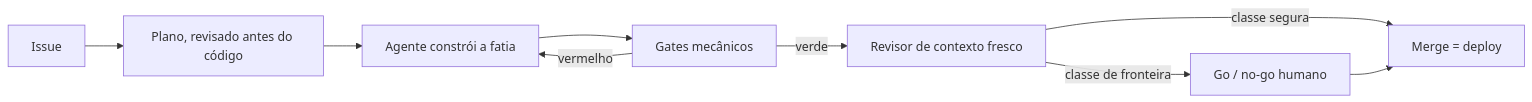
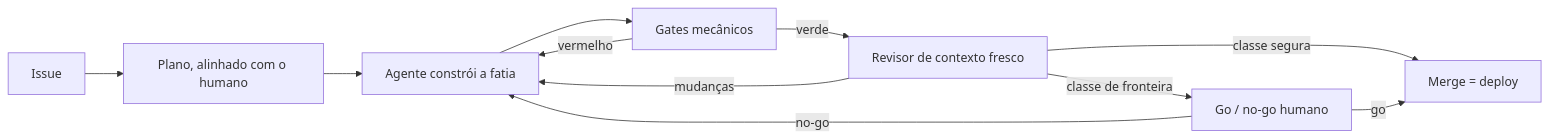
One commit to tedeuxx/tadeumendonca-io changed the second of 2 diagrams in apps/fed/src/content/architecture.pt.md. Above: the diagram before and after it, drawn with Mermaid. The commit also changed other lines of this file and 7 other files, not shown here.

````diff
--- a/apps/fed/src/content/architecture.pt.md
+++ b/apps/fed/src/content/architecture.pt.md
@@ -60,13 +58,15 @@
 ```mermaid
 flowchart LR
   accTitle: Onde o humano fica no loop
-  accDescr: Uma issue vira um plano, revisado antes da implementação. O agente constrói a fatia e roda os gates mecânicos, voltando atrás no vermelho. Um revisor de contexto fresco então julga a mudança. O que é classe segura ele mesmo mergeia, e o merge é o deploy. O que é classe de fronteira — infraestrutura, as regras do próprio loop, publicar um artigo — passa pelo único ponto de decisão humano, que é a única coisa entre a mudança e a produção.
-  I["Issue"] --> P["Plano, revisado antes do código"]
+  accDescr: Uma issue vira um plano que o humano alinha antes de existir código. O agente constrói a fatia e roda os gates mecânicos, que voltam para a construção no vermelho. Um revisor de contexto fresco então julga a mudança e pode devolvê-la. O que é classe segura ele mesmo mergeia, e o merge é o deploy. O que é classe de fronteira — infraestrutura, as regras do próprio loop, publicar um artigo — passa por um go ou no-go humano, que é a última coisa antes da produção e também pode devolver o trabalho.
+  I["Issue"] --> P["Plano, alinhado com o humano"]
   P --> B["Agente constrói a fatia"]
   B --> G["Gates mecânicos"]
   G -- "vermelho" --> B
   G -- "verde" --> R["Revisor de contexto fresco"]
+  R -- "mudanças" --> B
   R -- "classe segura" --> M["Merge = deploy"]
   R -- "classe de fronteira" --> H["Go / no-go humano"]
-  H --> M
+  H -- "go" --> M
+  H -- "no-go" --> B
 ```
````
